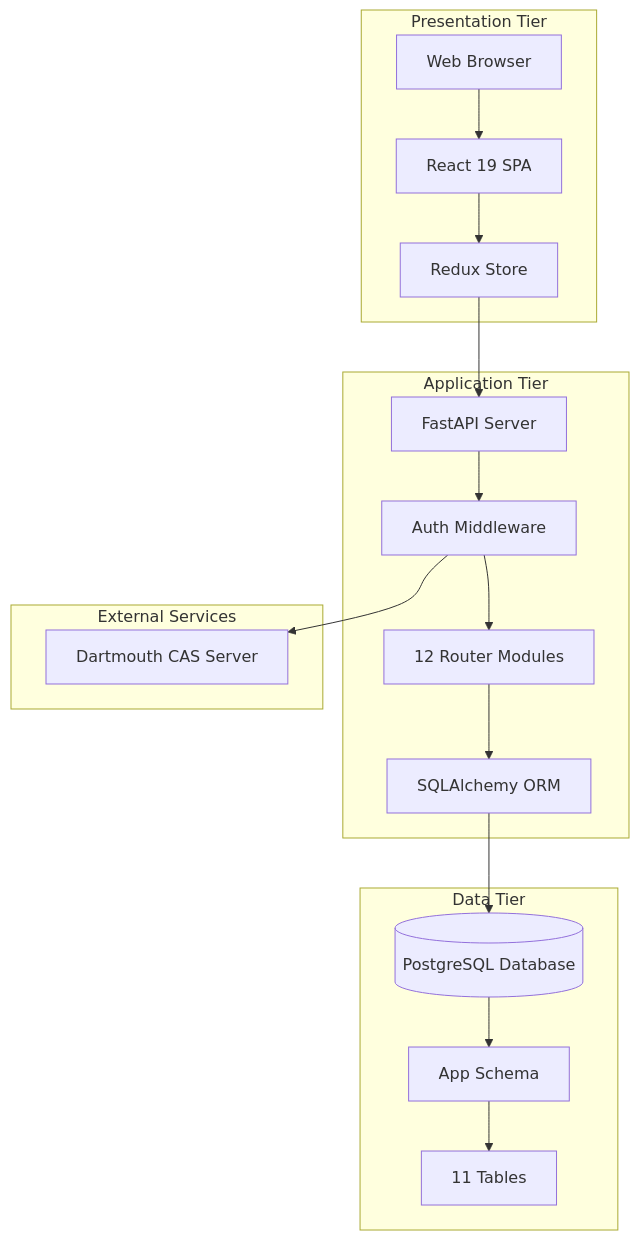
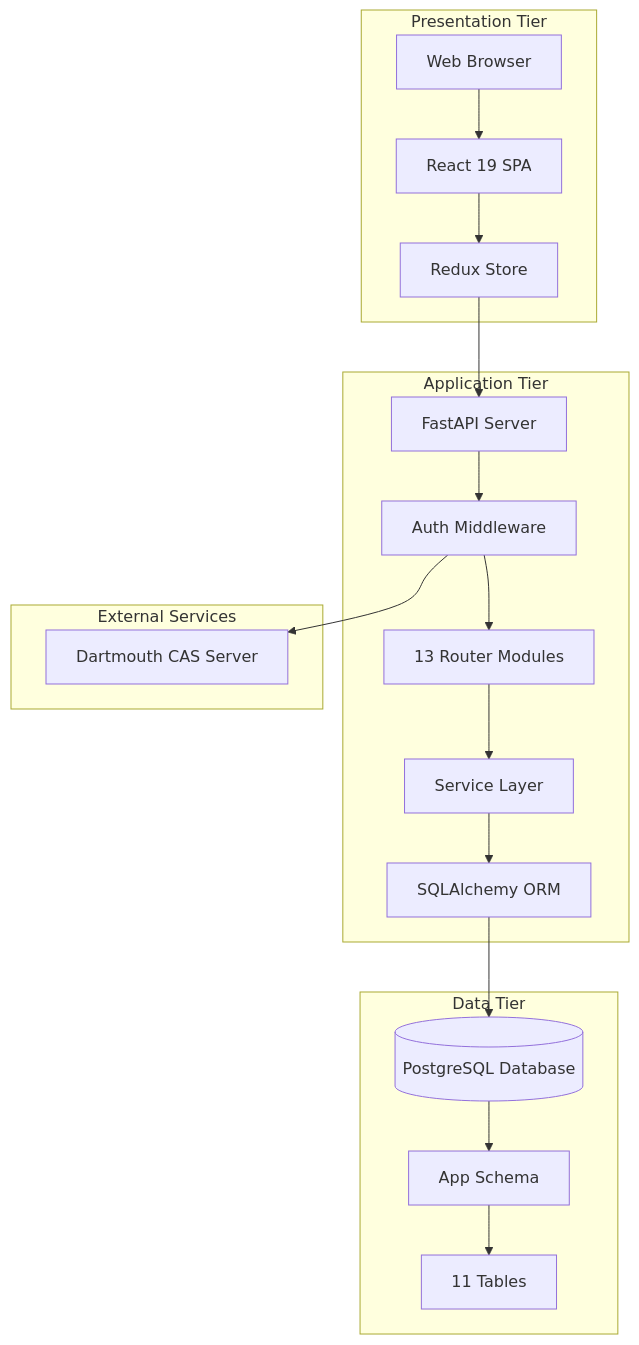
The first of 29 diagrams in docs/architecture/SYSTEM_OVERVIEW.md (dartmouth/genji-lab), drawn with Mermaid before and after one commit. The commit also changed other lines of this file and 11 other files, not shown here.

````diff
--- a/docs/architecture/SYSTEM_OVERVIEW.md
+++ b/docs/architecture/SYSTEM_OVERVIEW.md
@@ -51,36 +51,38 @@
 ```mermaid
 graph TB
     subgraph "Presentation Tier"
         Browser[Web Browser]
         React[React 19 SPA]
         Redux[Redux Store]
     end
     
     subgraph "Application Tier"
         FastAPI[FastAPI Server]
         Auth[Auth Middleware]
-        Routers[12 Router Modules]
+        Routers[13 Router Modules]
+        Services[Service Layer]
         ORM[SQLAlchemy ORM]
     end
     
     subgraph "Data Tier"
         PostgreSQL[(PostgreSQL Database)]
         Schema[App Schema]
         Tables[11 Tables]
     end
     
     subgraph "External Services"
         CAS[Dartmouth CAS Server]
     end
     
     Browser --> React
     React --> Redux
     Redux --> FastAPI
     FastAPI --> Auth
     Auth --> CAS
     Auth --> Routers
-    Routers --> ORM
+    Routers --> Services
+    Services --> ORM
     ORM --> PostgreSQL
     PostgreSQL --> Schema
     Schema --> Tables
 ```
````
